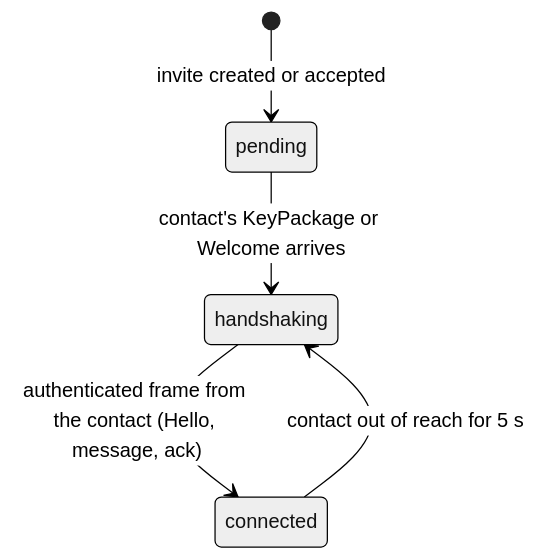
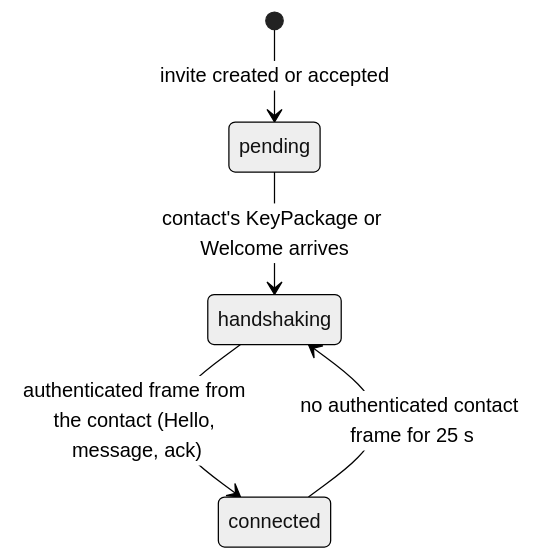
Before and after one commit to redstone-md/mosh-flutter: the second of 5 diagrams in docs/Features/private-dm.md, drawn with Mermaid (neutral theme). The commit also changed other lines of this file and 9 other files, not shown here.

````diff
--- a/docs/Features/private-dm.md
+++ b/docs/Features/private-dm.md
@@ -52,7 +52,7 @@
 ```mermaid
 stateDiagram-v2
     [*] --> pending: invite created or accepted
     pending --> handshaking: contact's KeyPackage or Welcome arrives
     handshaking --> connected: authenticated frame from the contact (Hello, message, ack)
-    connected --> handshaking: contact out of reach for 5 s
+    connected --> handshaking: no authenticated contact frame for 25 s
 ```
````
